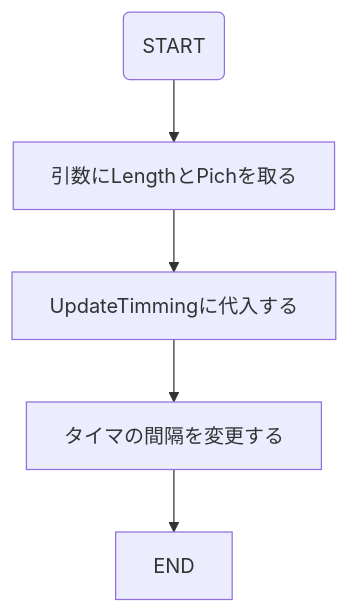
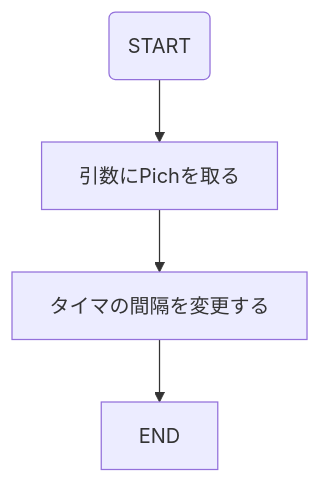
The sixth of 8 diagrams in 資料/仕様書/仕様_オーディオ.md (hakohumi/comp.train.whack-a-mole), drawn with Mermaid before and after one commit. The commit also changed other lines of this file and 1 other file, not shown here.

````diff
--- a/資料/仕様書/仕様_オーディオ.md
+++ b/資料/仕様書/仕様_オーディオ.md
@@ -339,13 +352,11 @@
 ```mermaid
 
 graph TD
 
-START("START") --> input[引数にLengthとPichを取る]
+START("START") --> input[引数にPichを取る]
 
-input --> Length["UpdateTimmingに代入する"]
-
-Length --> Pich["タイマの間隔を変更する"]
+input --> Pich["タイマの間隔を変更する"]
 
 Pich --> EndFlow["END"]
 
 ```
````
